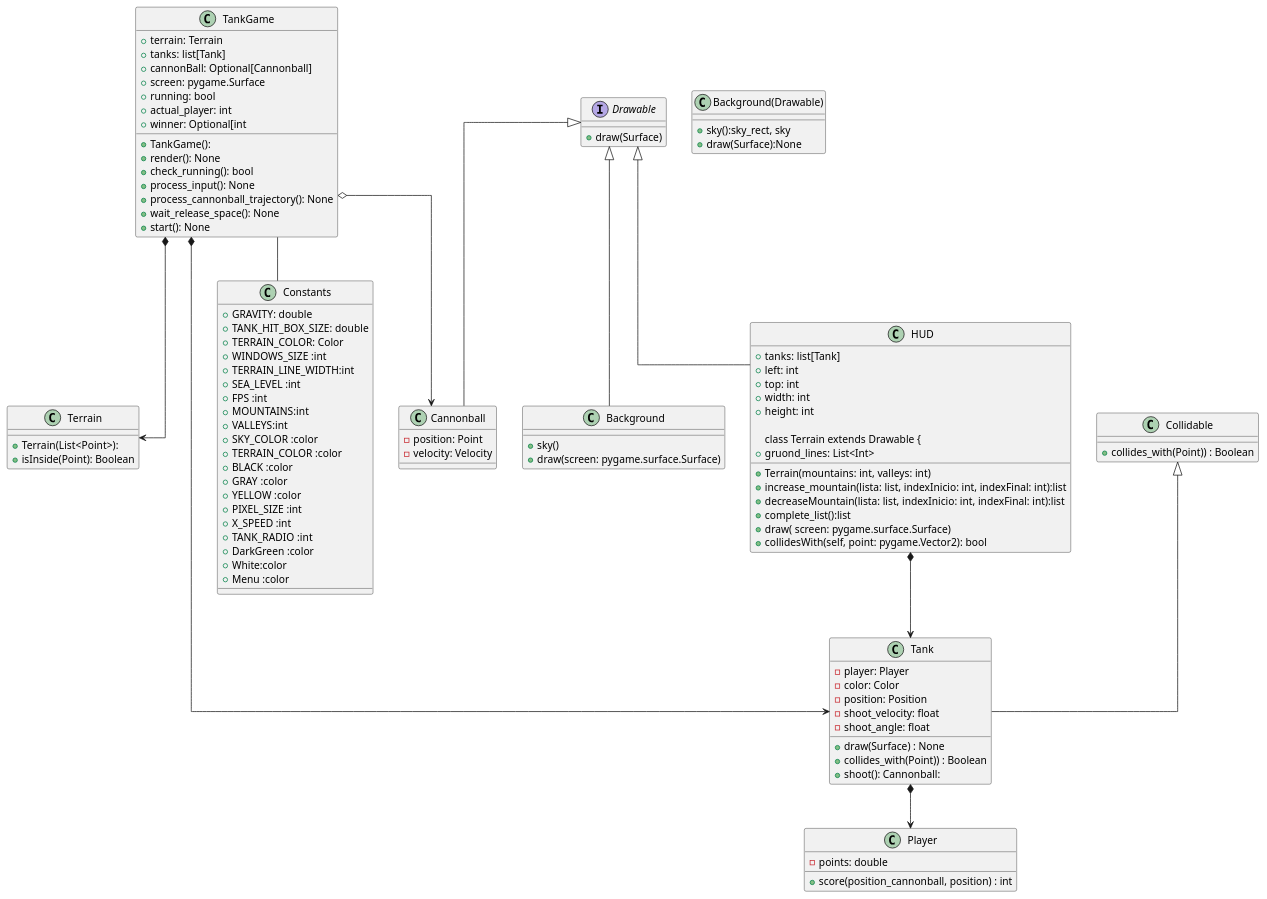
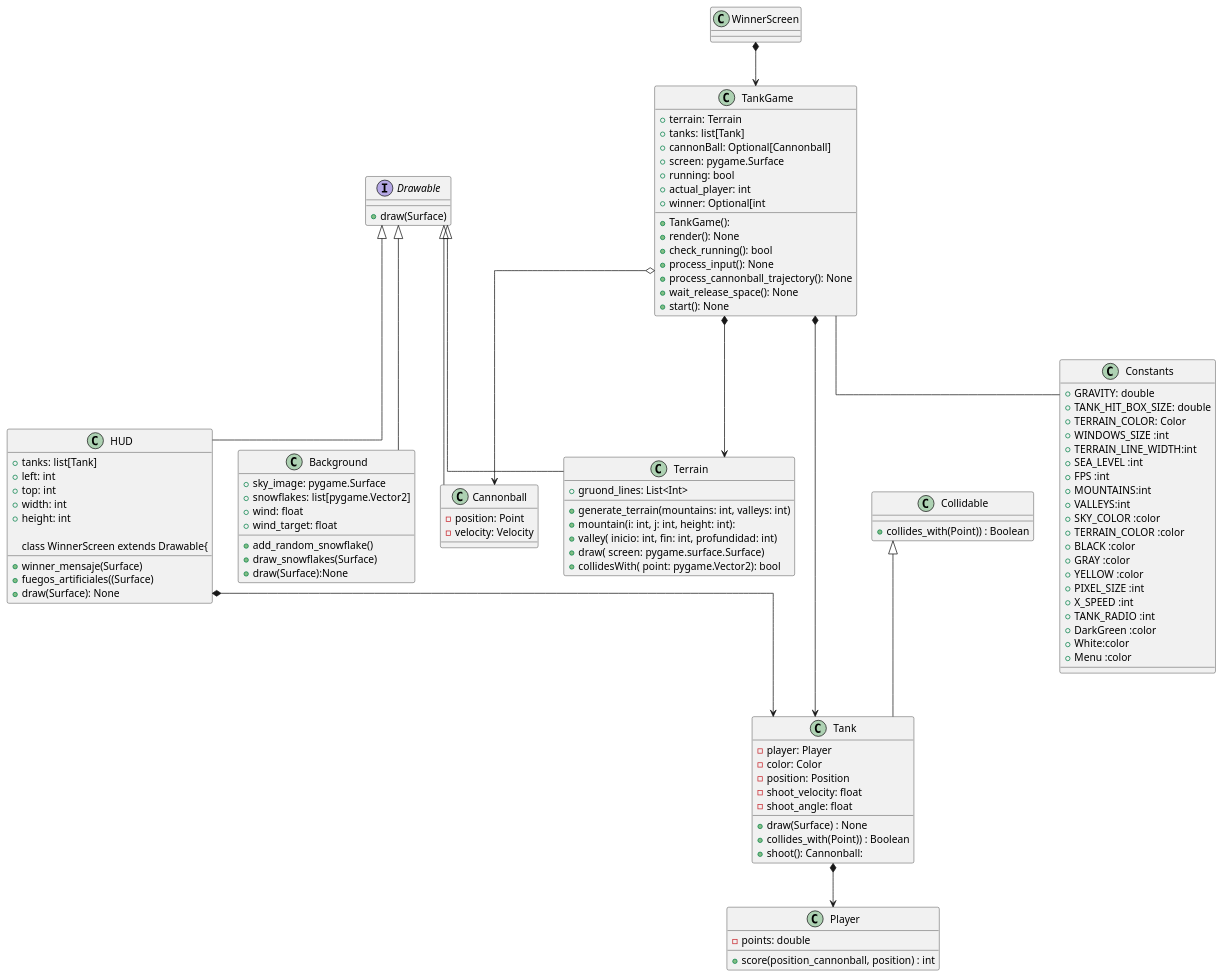
Before and after one commit to fraco-oxza/tankGame: the diagram in uml/entire.plantuml, drawn with PlantUML. The commit also changed 2 other files, not shown here.

Commit message:
Mensaje de suicidio

```diff
--- a/uml/entire.plantuml
+++ b/uml/entire.plantuml
@@ -1,115 +1,120 @@
 @startuml
 
 top to bottom direction
 skinparam linetype ortho
 
 ' Fco
 class TankGame {
     + terrain: Terrain
     + tanks: list[Tank]
     + cannonBall: Optional[Cannonball]
     + screen: pygame.Surface
     + running: bool
     + actual_player: int
     + winner: Optional[int
 
     + TankGame():
     + render(): None
     + check_running(): bool
     + process_input(): None
     + process_cannonball_trajectory(): None
     + wait_release_space(): None
     + start(): None
 
 }
 
 class Cannonball extends Drawable {
     - position: Point
     - velocity: Velocity
 }
 
 interface Drawable {
     + draw(Surface)
 }
-class Background extends Drawable{
-    +sky()
-    +draw(screen: pygame.surface.Surface)
-}
+
 class HUD extends Drawable{
     + tanks: list[Tank]
     + left: int
     + top: int
     + width: int
     + height: int
 
+class WinnerScreen extends Drawable{
+    +winner_mensaje(Surface)
+    +fuegos_artificiales((Surface)
+    +draw(Surface): None
+
+}
+
 class Terrain extends Drawable {
     +gruond_lines: List<Int>
 
-    + Terrain(mountains: int, valleys: int)
-    +increase_mountain(lista: list, indexInicio: int, indexFinal: int):list
-    +decreaseMountain(lista: list, indexInicio: int, indexFinal: int):list
-    +complete_list():list
+    + generate_terrain(mountains: int, valleys: int)
+    +mountain(i: int, j: int, height: int):
+    +valley( inicio: int, fin: int, profundidad: int)
     +draw( screen: pygame.surface.Surface)
-    +collidesWith(self, point: pygame.Vector2): bool
+    +collidesWith( point: pygame.Vector2): bool
 }
 class Collidable {
  +collides_with(Point)) : Boolean
 }
-class Terrain {
-    + Terrain(List<Point>):
-    + isInside(Point): Boolean
-}
-class Background(Drawable){
 
-    + sky():sky_rect, sky
-    + draw(Surface):None
+class Background extends Drawable{
+    +sky_image: pygame.Surface
+    +snowflakes: list[pygame.Vector2]
+    +wind: float
+    +wind_target: float
+
+    + add_random_snowflake()
+    + draw_snowflakes(Surface)
+    +draw(Surface):None
 }
 class Tank extends Collidable  {
     - player: Player
     - color: Color
     - position: Position
     -shoot_velocity: float
     -shoot_angle: float
 
     +draw(Surface) : None
     +collides_with(Point)) : Boolean
     +shoot(): Cannonball:
 }
 
 class Player {
     - points: double
     +score(position_cannonball, position) : int
 }
 
 class Constants {
     + GRAVITY: double
     + TANK_HIT_BOX_SIZE: double
     + TERRAIN_COLOR: Color
     + WINDOWS_SIZE :int
     + TERRAIN_LINE_WIDTH:int
     + SEA_LEVEL :int
     + FPS :int
     +MOUNTAINS:int
     +VALLEYS:int
     +SKY_COLOR :color
     +TERRAIN_COLOR :color
     +BLACK :color
     +GRAY :color
     +YELLOW :color
     +PIXEL_SIZE :int
     +X_SPEED :int
     +TANK_RADIO :int
     +DarkGreen :color
     +White:color
     +Menu :color
 }
 
 TankGame -- Constants
-
+WinnerScreen *-->  TankGame
 TankGame *--> Tank
 TankGame o--> Cannonball
 TankGame *--> Terrain
 Tank *--> Player
 HUD *--> Tank
 
 @enduml
```
